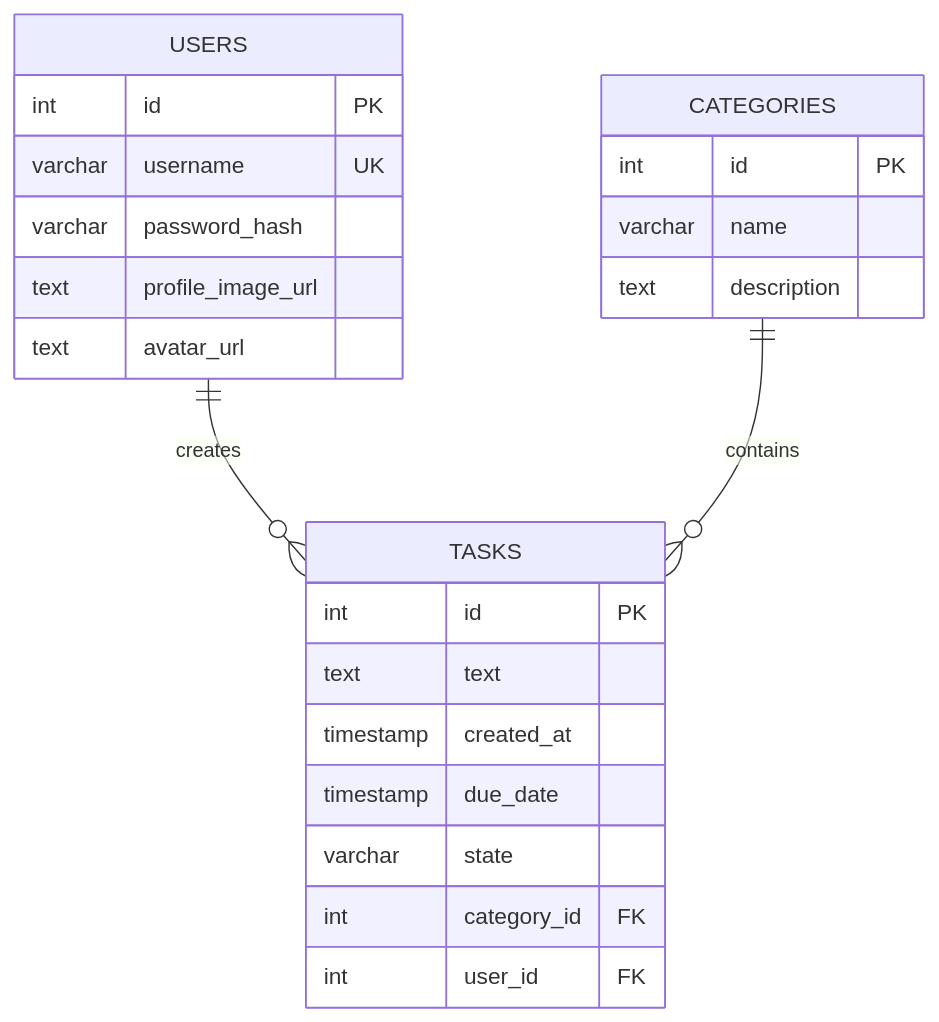
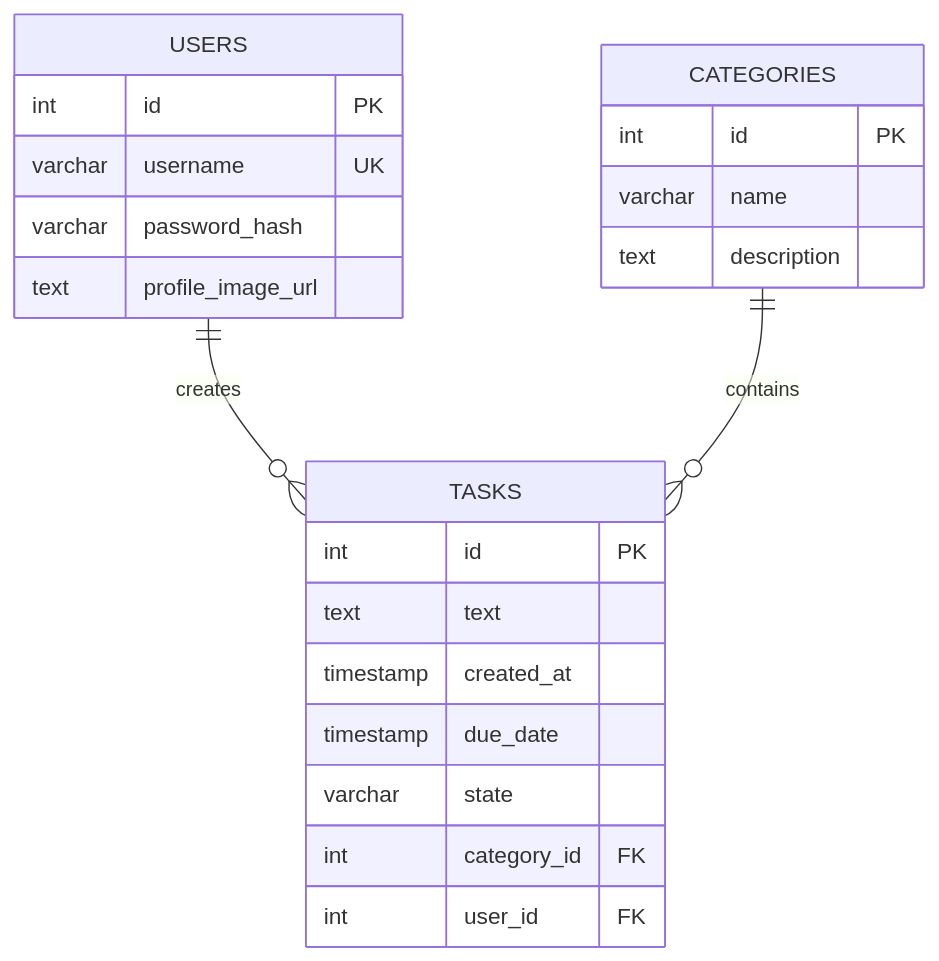
The third of 8 diagrams in README.md (tatoand97/todolist), drawn with Mermaid before and after one commit. The commit also changed other lines of this file and 3 other files, not shown here.

````diff
--- a/README.md
+++ b/README.md
@@ -252,29 +252,28 @@
 ```mermaid
 erDiagram
     USERS {
         int id PK
         varchar username UK
         varchar password_hash
         text profile_image_url
-        text avatar_url
     }
     
     CATEGORIES {
         int id PK
         varchar name
         text description
     }
     
     TASKS {
         int id PK
         text text
         timestamp created_at
         timestamp due_date
         varchar state
         int category_id FK
         int user_id FK
     }
     
     USERS ||--o{ TASKS : "creates"
     CATEGORIES ||--o{ TASKS : "contains"
 ```
````
